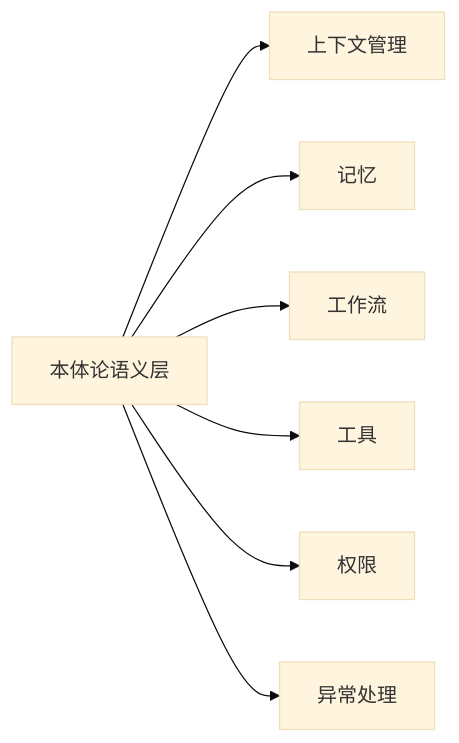
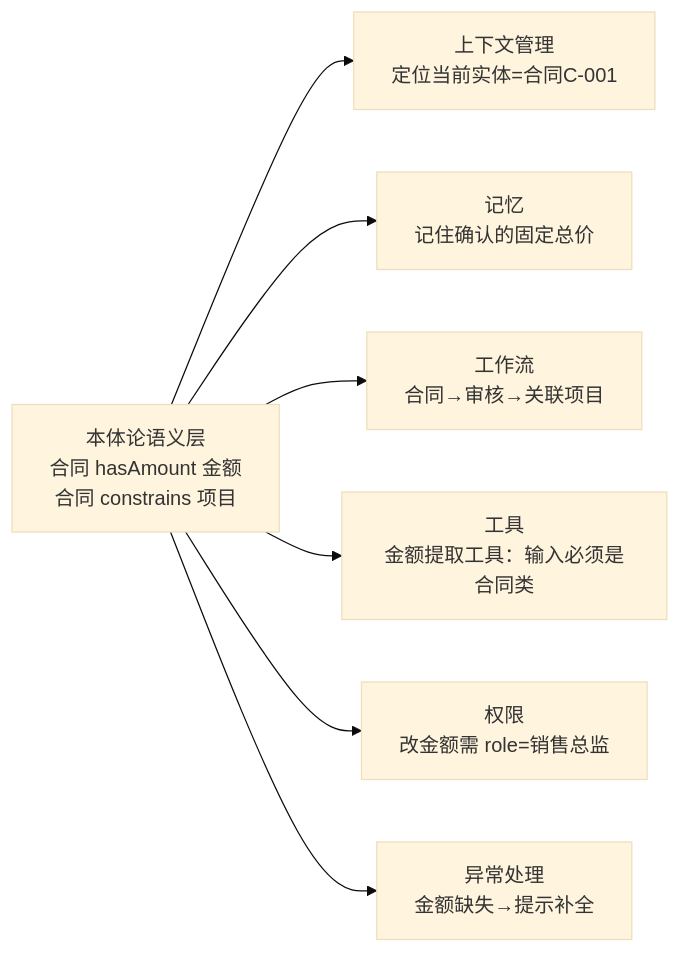
The third of 3 diagrams in 本体论-agent/01-概念基础/03.本体论在Agent架构中的位置.md (sealzrt/2026-08--agent), drawn with Mermaid (base theme) before and after one commit. The commit also changed other lines of this file and 62 other files, not shown here.

````diff
--- a/本体论-agent/01-概念基础/03.本体论在Agent架构中的位置.md
+++ b/本体论-agent/01-概念基础/03.本体论在Agent架构中的位置.md
@@ -32,16 +74,16 @@
 ```mermaid
 flowchart LR
-    O[本体论语义层]
-    C[上下文管理]
-    M[记忆]
-    W[工作流]
-    T[工具]
-    P[权限]
-    E[异常处理]
+    O["本体论语义层<br/>合同 hasAmount 金额<br/>合同 constrains 项目"]
+    C["上下文管理<br/>定位当前实体=合同C-001"]
+    M["记忆<br/>记住确认的固定总价"]
+    W["工作流<br/>合同→审核→关联项目"]
+    T["工具<br/>金额提取工具：输入必须是合同类"]
+    P["权限<br/>改金额需 role=销售总监"]
+    E["异常处理<br/>金额缺失→提示补全"]
     O --> C
     O --> M
     O --> W
     O --> T
     O --> P
     O --> E
 ```
````
